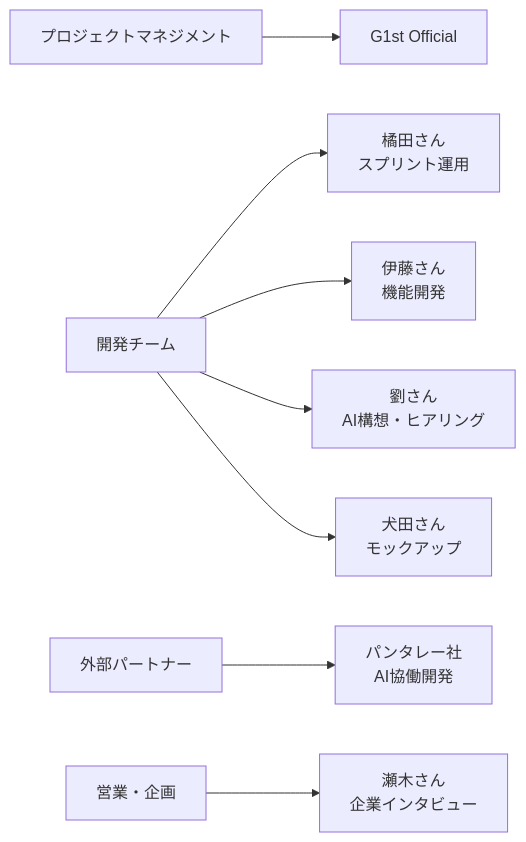
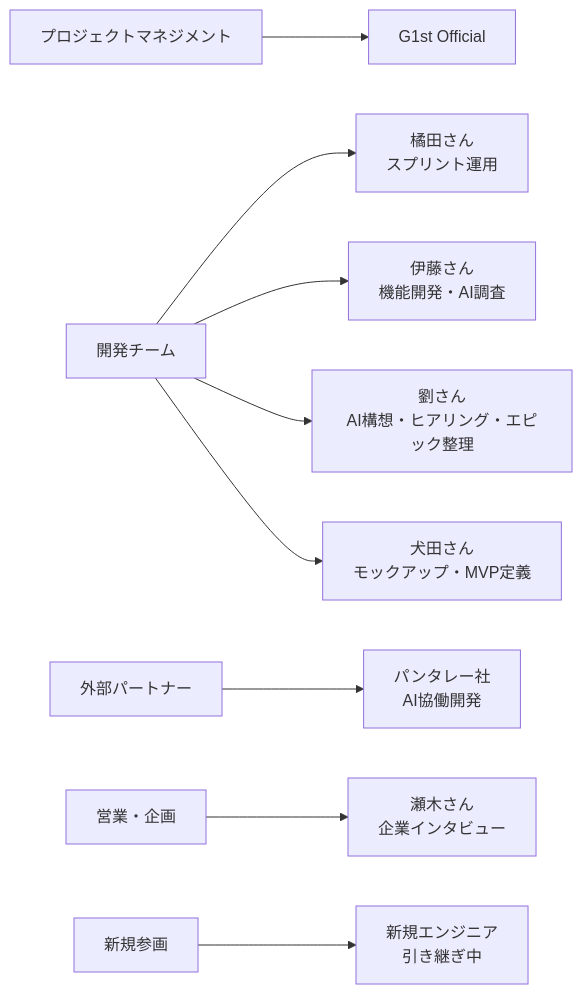
One commit to Mocomi/smallit-new changed the eighth of 11 diagrams in Stock/programs/Torrent4.0_Development/projects/Torrent4.0/documents/プロジェクト全体像_2025-01-15.md. Above: the diagram before and after it, drawn with Mermaid. The commit also changed other lines of this file and 20 other files, not shown here.

````diff
--- a/Stock/programs/Torrent4.0_Development/projects/Torrent4.0/documents/プロジェクト全体像_2025-01-15.md
+++ b/Stock/programs/Torrent4.0_Development/projects/Torrent4.0/documents/プロジェクト全体像_2025-01-15.md
@@ -331,10 +346,11 @@
 ```mermaid
 graph LR
     A[プロジェクトマネジメント] --> B[G1st Official]
     C[開発チーム] --> D[橘田さん<br/>スプリント運用]
-    C --> E[伊藤さん<br/>機能開発]
-    C --> F[劉さん<br/>AI構想・ヒアリング]
-    C --> G[犬田さん<br/>モックアップ]
+    C --> E[伊藤さん<br/>機能開発・AI調査]
+    C --> F[劉さん<br/>AI構想・ヒアリング・エピック整理]
+    C --> G[犬田さん<br/>モックアップ・MVP定義]
     H[外部パートナー] --> I[パンタレー社<br/>AI協働開発]
     J[営業・企画] --> K[瀬木さん<br/>企業インタビュー]
+    L[新規参画] --> M[新規エンジニア<br/>引き継ぎ中]
 ```
````
